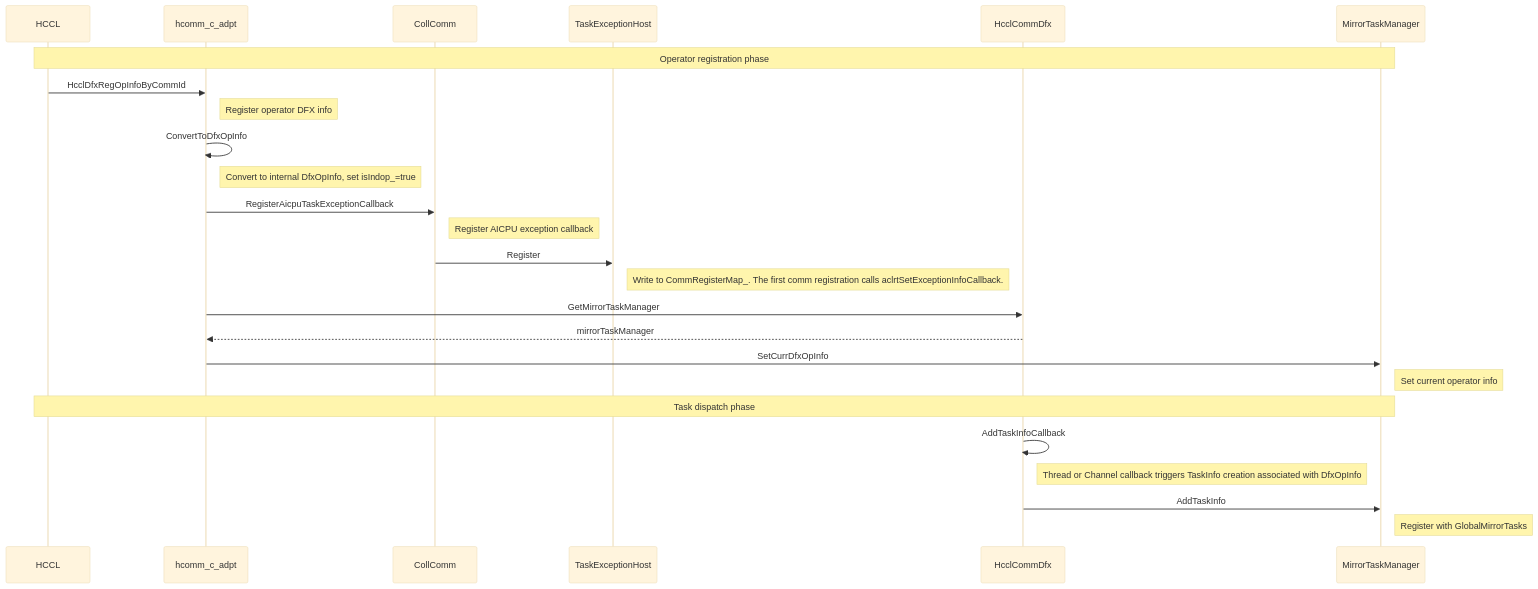
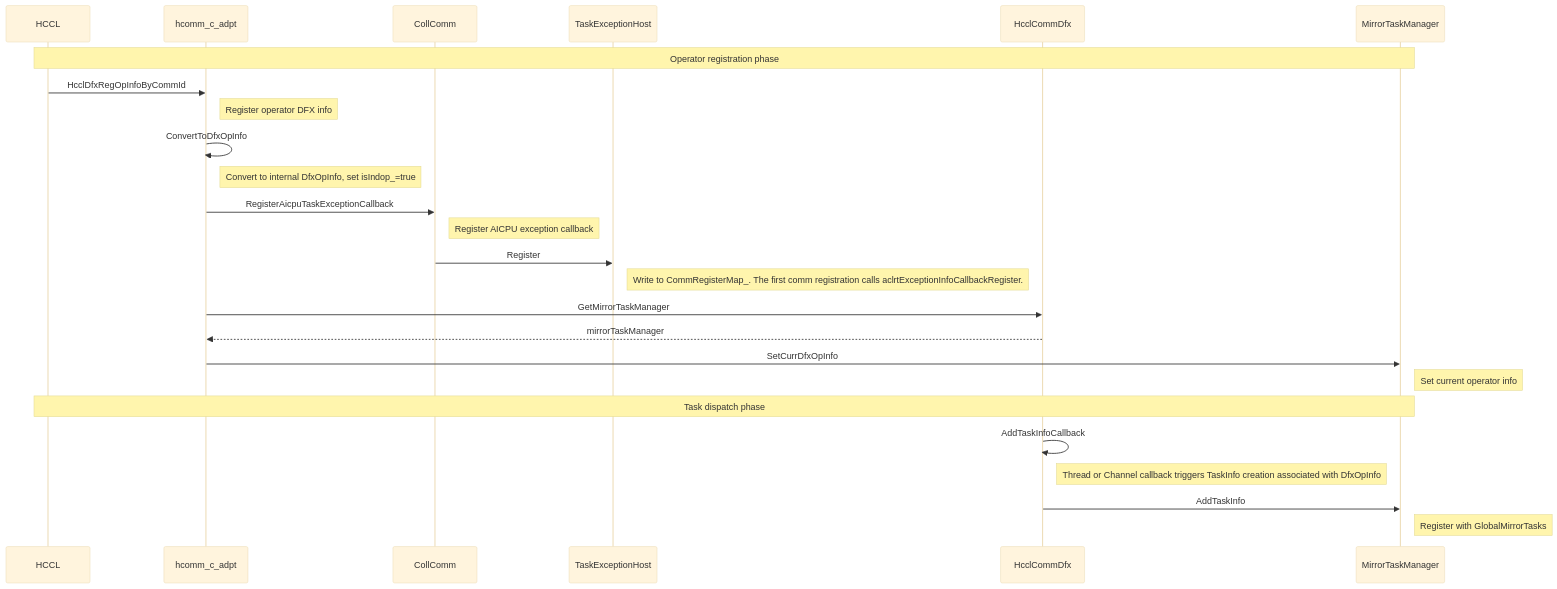
One commit to hicann/hcomm changed the second of 8 diagrams in src/coll_communicator_mgr/dfx/taskException/taskException_en.md. Above: the diagram before and after it, drawn with Mermaid (base theme). The commit also changed other lines of this file and 10 other files, not shown here.

First paragraph of the commit message:
[fix] 替换 deprecated aclrtSetExceptionInfoCallback 为新接口 Register/Unregister

````diff
--- a/src/coll_communicator_mgr/dfx/taskException/taskException_en.md
+++ b/src/coll_communicator_mgr/dfx/taskException/taskException_en.md
@@ -128,35 +128,35 @@
 ```mermaid
 sequenceDiagram
     participant HCCL
     participant hcomm_c_adpt
     participant CollComm
     participant TaskExceptionHost
     participant HcclCommDfx
     participant MirrorTaskManager
 
     Note over HCCL,MirrorTaskManager: Operator registration phase
 
     HCCL->>hcomm_c_adpt: HcclDfxRegOpInfoByCommId
     Note right of hcomm_c_adpt: Register operator DFX info
 
     hcomm_c_adpt->>hcomm_c_adpt: ConvertToDfxOpInfo
     Note right of hcomm_c_adpt: Convert to internal DfxOpInfo, set isIndop_=true
 
     hcomm_c_adpt->>CollComm: RegisterAicpuTaskExceptionCallback
     Note right of CollComm: Register AICPU exception callback
 
     CollComm->>TaskExceptionHost: Register
-    Note right of TaskExceptionHost: Write to CommRegisterMap_. The first comm registration calls aclrtSetExceptionInfoCallback.
+    Note right of TaskExceptionHost: Write to CommRegisterMap_. The first comm registration calls aclrtExceptionInfoCallbackRegister.
 
     hcomm_c_adpt->>HcclCommDfx: GetMirrorTaskManager
     HcclCommDfx-->>hcomm_c_adpt: mirrorTaskManager
     hcomm_c_adpt->>MirrorTaskManager: SetCurrDfxOpInfo
     Note right of MirrorTaskManager: Set current operator info
 
     Note over HCCL,MirrorTaskManager: Task dispatch phase
 
     HcclCommDfx->>HcclCommDfx: AddTaskInfoCallback
     Note right of HcclCommDfx: Thread or Channel callback triggers TaskInfo creation associated with DfxOpInfo
     HcclCommDfx->>MirrorTaskManager: AddTaskInfo
     Note right of MirrorTaskManager: Register with GlobalMirrorTasks
 ```
````
